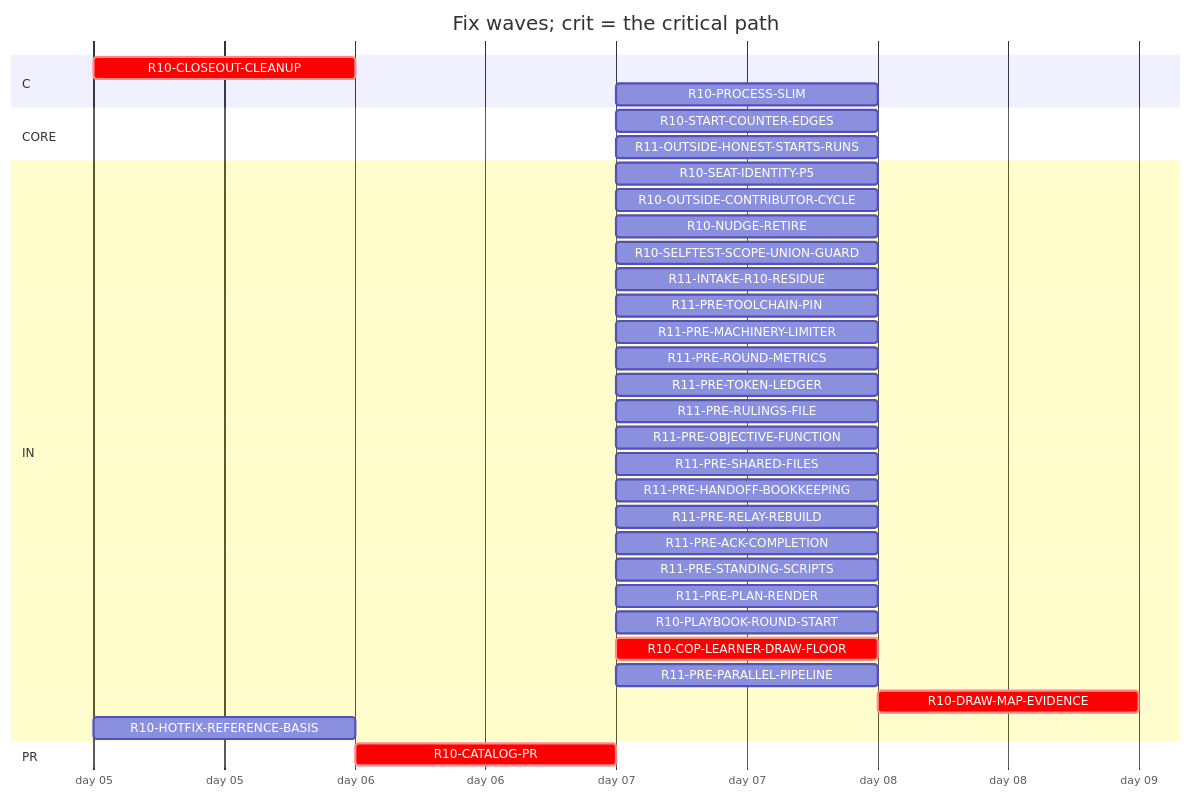
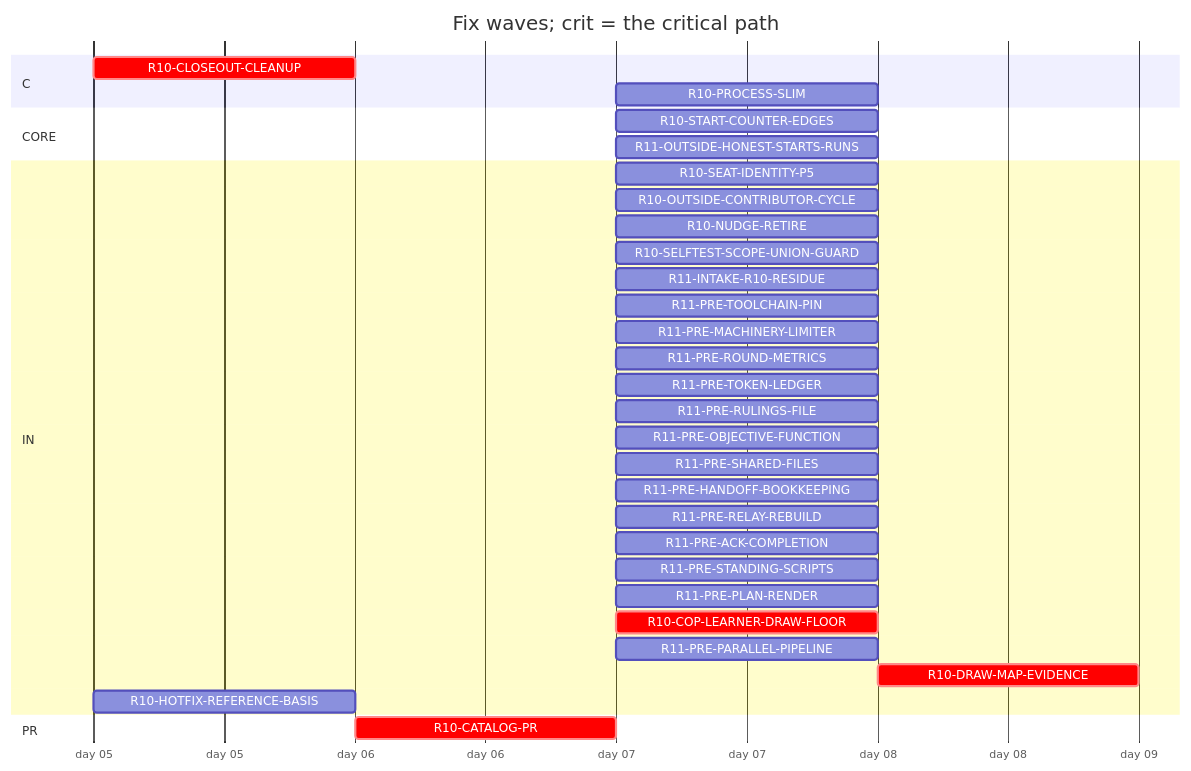
The diagram in handoff/round10/state/PLAN-TABLE.md (tvofi/heatpump_optimizer), drawn with Mermaid before and after one commit. The commit also changed other lines of this file and 3 other files, not shown here.

Commit message:
state: FLOW-BOARD.md, NEXT-SESSION-PROMPT.md, PLAN-TABLE.md, RESUME-CURRENT.md regenerated (state_docs.py)

````diff
--- a/handoff/round10/state/PLAN-TABLE.md
+++ b/handoff/round10/state/PLAN-TABLE.md
@@ -17,37 +17,36 @@
 ```mermaid
 gantt
   title Fix waves; crit = the critical path
   dateFormat YYYY-MM-DD
   axisFormat day %d
   section C
     R10-CLOSEOUT-CLEANUP :crit, r10CLOSEOUTCLEANUP, 2026-01-05, 1d
     R10-PROCESS-SLIM :r10PROCESSSLIM, after r10CATALOGPR, 1d
   section CORE
     R10-START-COUNTER-EDGES :r10STARTCOUNTEREDGES, after r10CATALOGPR, 1d
     R11-OUTSIDE-HONEST-STARTS-RUNS :r11OUTSIDEHONESTSTARTSRUNS, after r10CATALOGPR, 1d
   section IN
     R10-SEAT-IDENTITY-P5 :r10SEATIDENTITYP5, after r10CATALOGPR, 1d
     R10-OUTSIDE-CONTRIBUTOR-CYCLE :r10OUTSIDECONTRIBUTORCYCLE, after r10CATALOGPR, 1d
     R10-NUDGE-RETIRE :r10NUDGERETIRE, after r10CATALOGPR, 1d
     R10-SELFTEST-SCOPE-UNION-GUARD :r10SELFTESTSCOPEUNIONGUARD, after r10CATALOGPR, 1d
     R11-INTAKE-R10-RESIDUE :r11INTAKER10RESIDUE, after r10CATALOGPR, 1d
     R11-PRE-TOOLCHAIN-PIN :r11PRETOOLCHAINPIN, after r10CATALOGPR, 1d
     R11-PRE-MACHINERY-LIMITER :r11PREMACHINERYLIMITER, after r10CATALOGPR, 1d
     R11-PRE-ROUND-METRICS :r11PREROUNDMETRICS, after r10CATALOGPR, 1d
     R11-PRE-TOKEN-LEDGER :r11PRETOKENLEDGER, after r10CATALOGPR, 1d
     R11-PRE-RULINGS-FILE :r11PRERULINGSFILE, after r10CATALOGPR, 1d
     R11-PRE-OBJECTIVE-FUNCTION :r11PREOBJECTIVEFUNCTION, after r10CATALOGPR, 1d
     R11-PRE-SHARED-FILES :r11PRESHAREDFILES, after r10CATALOGPR, 1d
     R11-PRE-HANDOFF-BOOKKEEPING :r11PREHANDOFFBOOKKEEPING, after r10CATALOGPR, 1d
     R11-PRE-RELAY-REBUILD :r11PRERELAYREBUILD, after r10CATALOGPR, 1d
     R11-PRE-ACK-COMPLETION :r11PREACKCOMPLETION, after r10CATALOGPR, 1d
     R11-PRE-STANDING-SCRIPTS :r11PRESTANDINGSCRIPTS, after r10CATALOGPR, 1d
     R11-PRE-PLAN-RENDER :r11PREPLANRENDER, after r10CATALOGPR, 1d
-    R10-PLAYBOOK-ROUND-START :r10PLAYBOOKROUNDSTART, after r10CATALOGPR, 1d
     R10-COP-LEARNER-DRAW-FLOOR :crit, r10COPLEARNERDRAWFLOOR, after r10CATALOGPR, 1d
     R11-PRE-PARALLEL-PIPELINE :r11PREPARALLELPIPELINE, after r10CATALOGPR, 1d
     R10-DRAW-MAP-EVIDENCE :crit, r10DRAWMAPEVIDENCE, after r10COPLEARNERDRAWFLOOR r10CATALOGPR, 1d
     R10-HOTFIX-REFERENCE-BASIS :r10HOTFIXREFERENCEBASIS, 2026-01-05, 1d
   section PR
     R10-CATALOG-PR :crit, r10CATALOGPR, after r10CLOSEOUTCLEANUP, 1d
 ```
````
